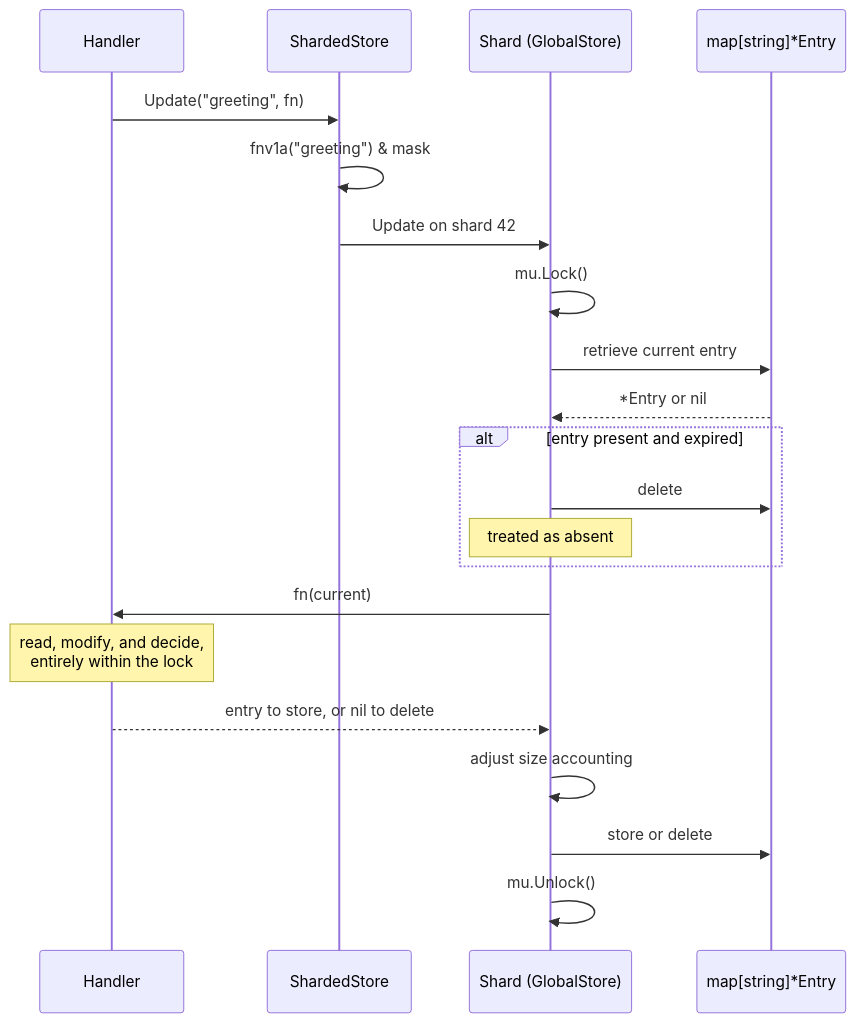
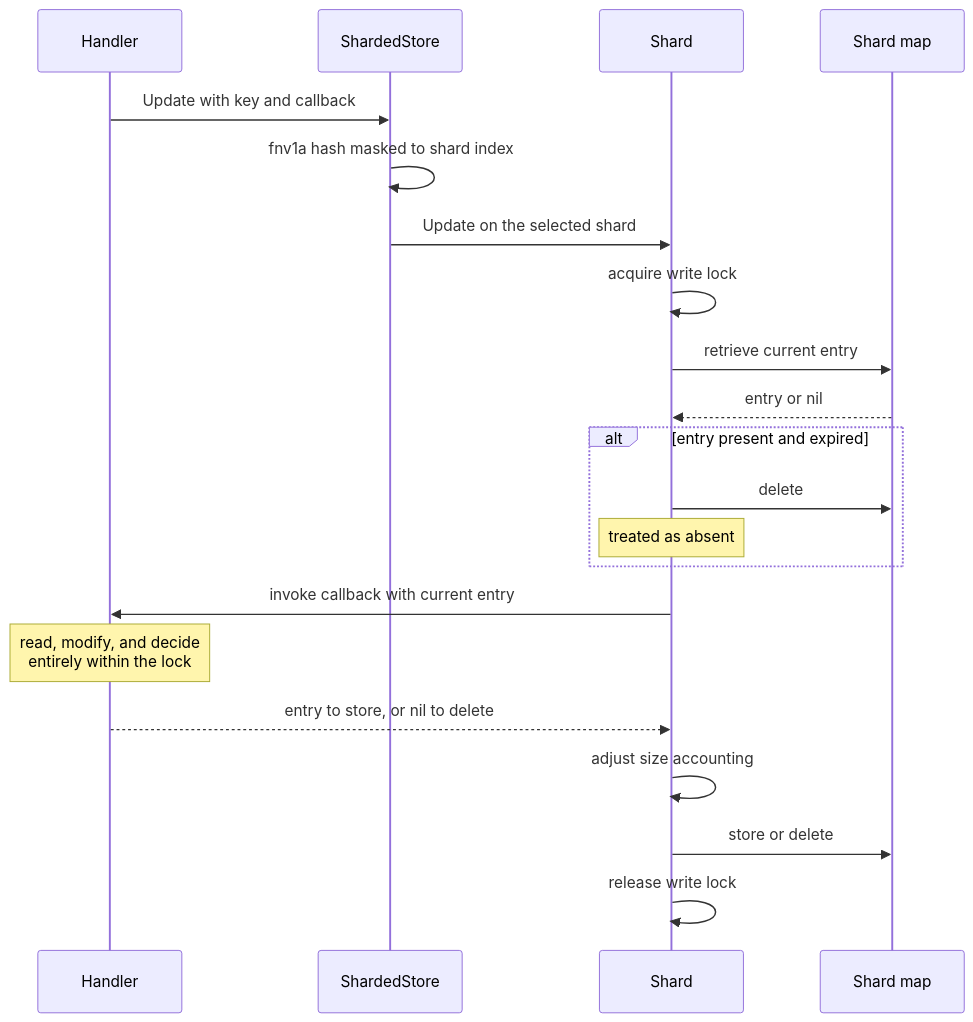
The third of 9 diagrams in ARCHITECTURE.md (AviK0928/RedisGo), drawn with Mermaid before and after one commit. The commit also changed other lines of this file, not shown here.

Commit message:
Refine terminology in ARCHITECTURE.md

````diff
--- a/ARCHITECTURE.md
+++ b/ARCHITECTURE.md
@@ -148,28 +147,28 @@
 ```mermaid
 sequenceDiagram
     participant H as Handler
     participant S as ShardedStore
-    participant Sh as Shard (GlobalStore)
-    participant M as map[string]*Entry
+    participant Sh as Shard
+    participant M as Shard map
 
-    H->>S: Update("greeting", fn)
-    S->>S: fnv1a("greeting") & mask
-    S->>Sh: Update on shard 42
+    H->>S: Update with key and callback
+    S->>S: fnv1a hash masked to shard index
+    S->>Sh: Update on the selected shard
 
-    Sh->>Sh: mu.Lock()
+    Sh->>Sh: acquire write lock
     Sh->>M: retrieve current entry
-    M-->>Sh: *Entry or nil
+    M-->>Sh: entry or nil
 
     alt entry present and expired
         Sh->>M: delete
         Note over Sh: treated as absent
     end
 
-    Sh->>H: fn(current)
-    Note over H: read, modify, and decide,<br/>entirely within the lock
+    Sh->>H: invoke callback with current entry
+    Note over H: read, modify, and decide<br/>entirely within the lock
     H-->>Sh: entry to store, or nil to delete
 
     Sh->>Sh: adjust size accounting
     Sh->>M: store or delete
-    Sh->>Sh: mu.Unlock()
+    Sh->>Sh: release write lock
 ```
````
